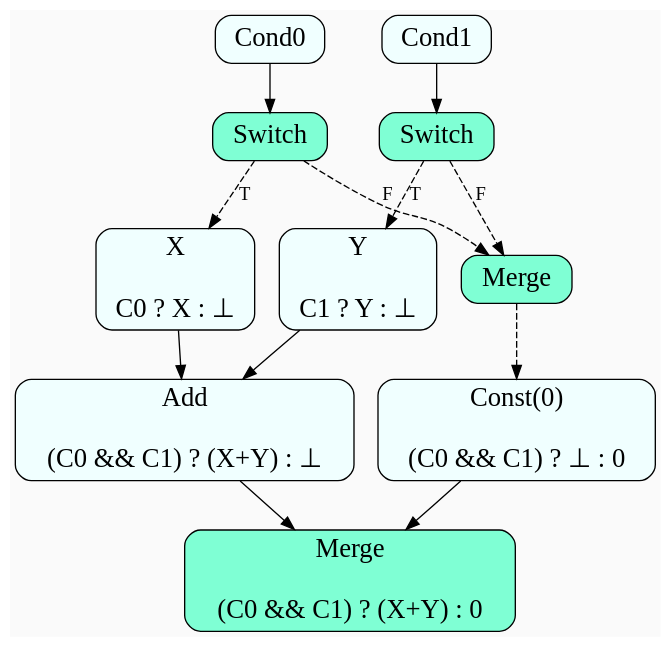
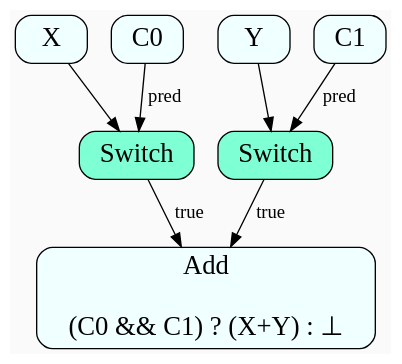
Before and after one commit to sanjoy/auto-clustering-presentation: the diagram in control-flow-in-tf-b.dot, drawn with Graphviz. The commit also changed 14 other files, not shown here.

```diff
--- a/control-flow-in-tf-b.dot
+++ b/control-flow-in-tf-b.dot
@@ -1,29 +1,16 @@
 digraph {
   graph[bgcolor=gray98,compound=true]
   node[fontsize=20,shape=box,fillcolor=azure, style="filled,rounded"]
 
+  X -> Switch0
+  Y -> Switch1
   Switch0[fillcolor=aquamarine,label="Switch"]
   Switch1[fillcolor=aquamarine,label="Switch"]
-  Merge0[fillcolor=aquamarine,label="Merge"]
-  Merge1[fillcolor=aquamarine,label="Merge\n\n(C0 && C1) ? (X+Y) : 0"]
+
   Add[label="Add\n\n(C0 && C1) ? (X+Y) : ⊥"]
-  X[label="X\n\nC0 ? X : ⊥"]
-  Y[label="Y\n\nC1 ? Y : ⊥"]
+  Switch0 -> Add[label=true]
+  Switch1 -> Add[label=true]
 
-  Cond0 -> Switch0
-  Cond1 -> Switch1
-
-  Switch0 -> X[style=dashed,label=T]
-  Switch1 -> Y[style=dashed,label=T]
-
-  X -> Add
-  Y -> Add
-
-  0[label="Const(0)\n\n(C0 && C1) ? ⊥ : 0"]
-
-  Switch0 -> Merge0[style=dashed,label=F]
-  Switch1 -> Merge0[style=dashed,label=F]
-  Merge0 -> 0[style=dashed]
-  0 -> Merge1
-  Add -> Merge1
+  C0 -> Switch0[label=pred]
+  C1 -> Switch1[label=pred]
 }
```
